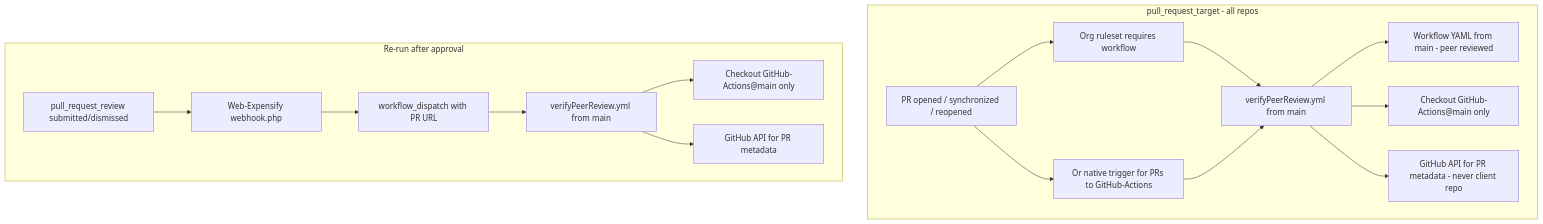
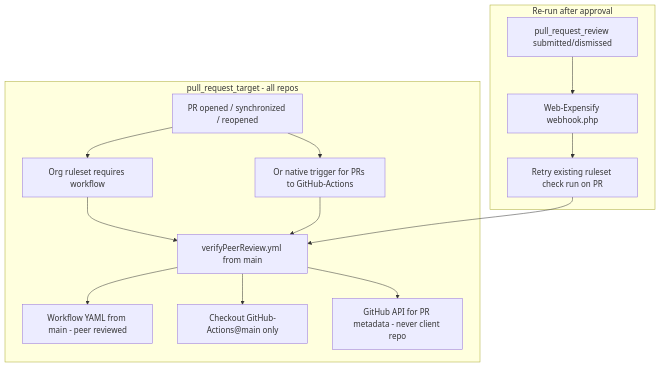
One commit to Expensify/GitHub-Actions changed the diagram in README.md. Above: the diagram before and after it, drawn with Mermaid. The commit also changed other lines of this file and 1 other file, not shown here.

Commit message:
Remove workflow_dispatch from verifyPeerReview
Re-runs after review will retry the existing ruleset check via PHP
webhook follow-up, not a separate workflow_dispatch run.

````diff
--- a/README.md
+++ b/README.md
@@ -50,20 +50,18 @@
 ```mermaid
 flowchart TD
     subgraph prTargetPath [pull_request_target - all repos]
         prEvent[PR opened / synchronized / reopened] --> ruleset[Org ruleset requires workflow]
         prEvent --> ghaNative[Or native trigger for PRs to GitHub-Actions]
         ruleset --> wfTarget[verifyPeerReview.yml from main]
         ghaNative --> wfTarget
         wfTarget --> wfFromMain[Workflow YAML from main - peer reviewed]
         wfTarget --> checkoutGA[Checkout GitHub-Actions@main only]
         wfTarget --> apiOnly[GitHub API for PR metadata - never client repo]
     end
 
     subgraph reviewRerun [Re-run after approval]
         reviewEvent[pull_request_review submitted/dismissed] --> phpWebhook[Web-Expensify webhook.php]
-        phpWebhook --> dispatch[workflow_dispatch with PR URL]
-        dispatch --> wfDispatch[verifyPeerReview.yml from main]
-        wfDispatch --> checkoutGA2[Checkout GitHub-Actions@main only]
-        wfDispatch --> apiOnly2[GitHub API for PR metadata]
+        phpWebhook --> retryCheck[Retry existing ruleset check run on PR]
+        retryCheck --> wfTarget
     end
 ```
````
